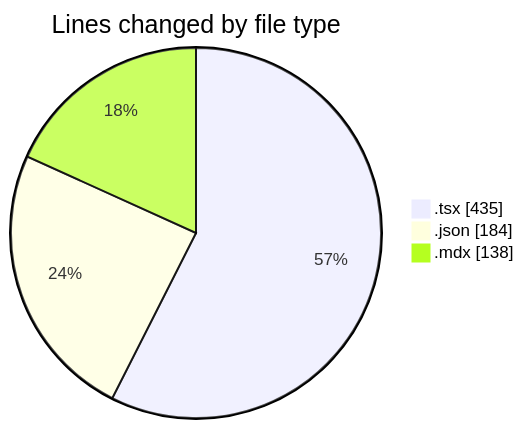
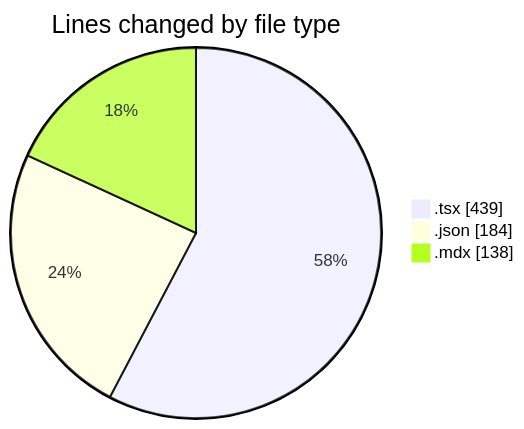
One commit to momahboobian/code-tracking changed the first of 2 diagrams in 2026-01-12/cda/README.md. Above: the diagram before and after it, drawn with Mermaid. The commit also changed other lines of this file and 1 other file, not shown here.

````diff
--- a/2026-01-12/cda/README.md
+++ b/2026-01-12/cda/README.md
@@ -22,7 +22,7 @@
 ```mermaid
 pie showData
 title Lines changed by file type
-".tsx" : 435
+".tsx" : 439
 ".json" : 184
 ".mdx" : 138
 ```
````
